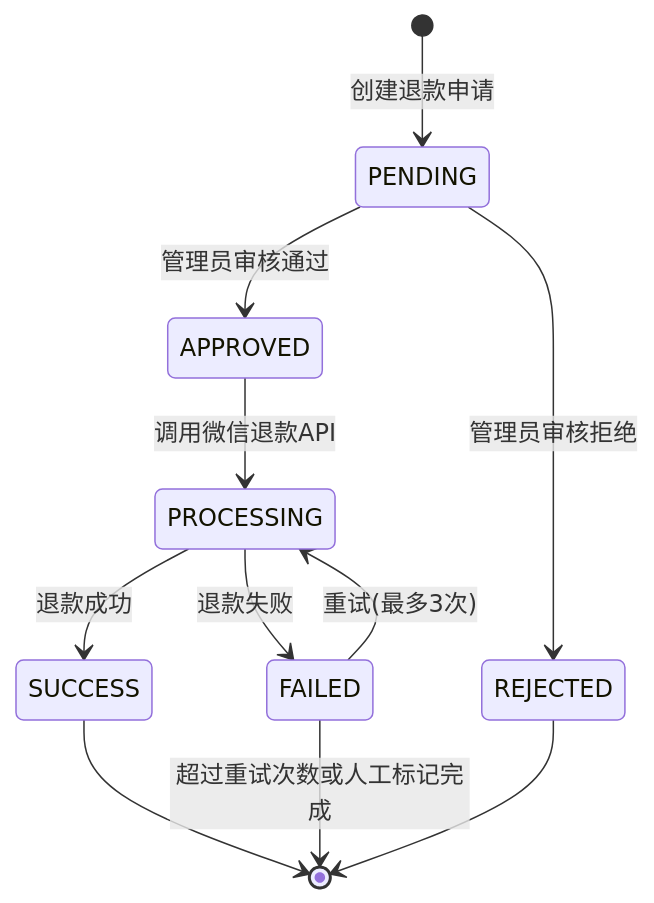
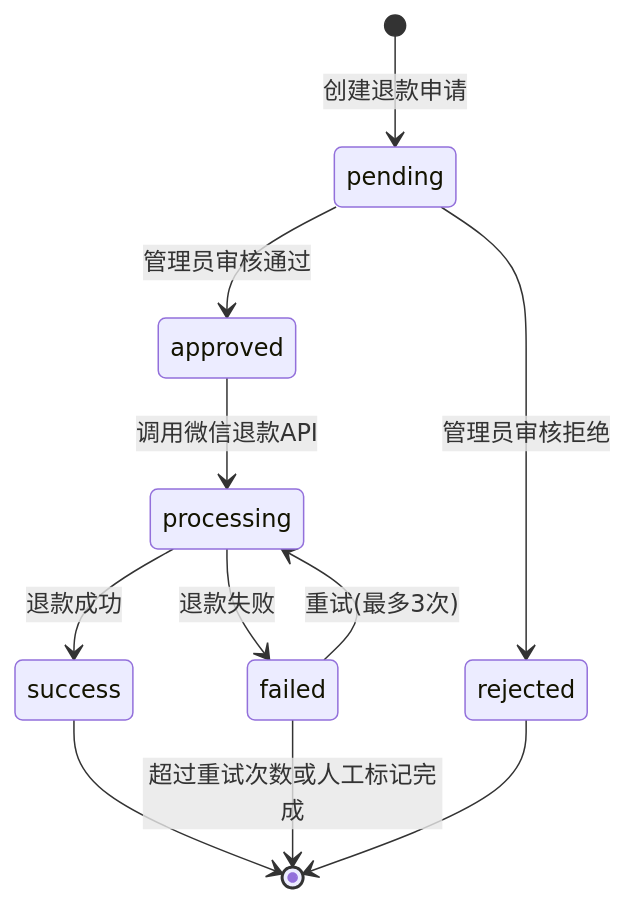
One commit to yiancode/AutoDepositRefundAgent changed the second of 2 diagrams in docs/v1/user-stories/EP05-退款审核.md. Above: the diagram before and after it, drawn with Mermaid. The commit also changed other lines of this file and 2 other files, not shown here.

````diff
--- a/docs/v1/user-stories/EP05-退款审核.md
+++ b/docs/v1/user-stories/EP05-退款审核.md
@@ -484,13 +484,13 @@
 ```mermaid
 stateDiagram-v2
-    [*] --> PENDING: 创建退款申请
-    PENDING --> APPROVED: 管理员审核通过
-    PENDING --> REJECTED: 管理员审核拒绝
-    APPROVED --> PROCESSING: 调用微信退款API
-    PROCESSING --> SUCCESS: 退款成功
-    PROCESSING --> FAILED: 退款失败
-    FAILED --> PROCESSING: 重试(最多3次)
-    SUCCESS --> [*]
-    REJECTED --> [*]
-    FAILED --> [*]: 超过重试次数或人工标记完成
+    [*] --> pending: 创建退款申请
+    pending --> approved: 管理员审核通过
+    pending --> rejected: 管理员审核拒绝
+    approved --> processing: 调用微信退款API
+    processing --> success: 退款成功
+    processing --> failed: 退款失败
+    failed --> processing: 重试(最多3次)
+    success --> [*]
+    rejected --> [*]
+    failed --> [*]: 超过重试次数或人工标记完成
 ```
````
